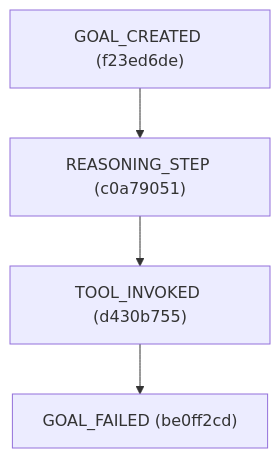
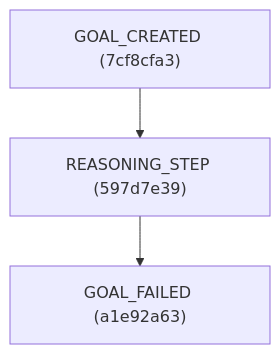
The second of 4 diagrams in realistic_dag.md (miltzhaw/langraph_playground), drawn with Mermaid before and after one commit. The commit also changed other lines of this file and 32 other files, not shown here.

````diff
--- a/realistic_dag.md
+++ b/realistic_dag.md
@@ -19,10 +15,8 @@
 ```mermaid
 graph TD
-    f23ed6de["GOAL_CREATED (f23ed6de)"]
-    c0a79051["REASONING_STEP (c0a79051)"]
-    d430b755["TOOL_INVOKED (d430b755)"]
-    be0ff2cd["GOAL_FAILED (be0ff2cd)"]
-    f23ed6de --> c0a79051
-    d430b755 --> be0ff2cd
-    c0a79051 --> d430b755
+    7cf8cfa3["GOAL_CREATED (7cf8cfa3)"]
+    597d7e39["REASONING_STEP (597d7e39)"]
+    a1e92a63["GOAL_FAILED (a1e92a63)"]
+    597d7e39 --> a1e92a63
+    7cf8cfa3 --> 597d7e39
 ```
````
